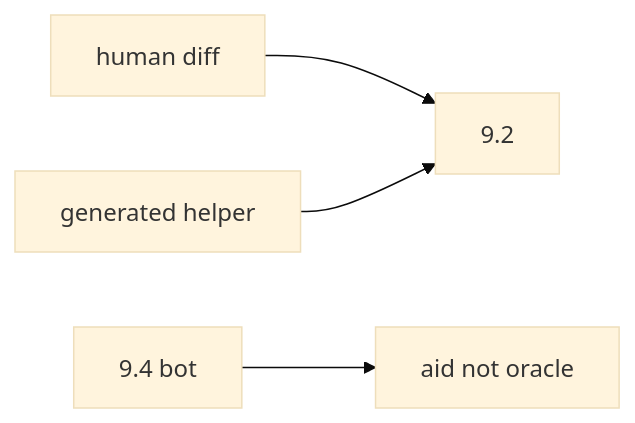
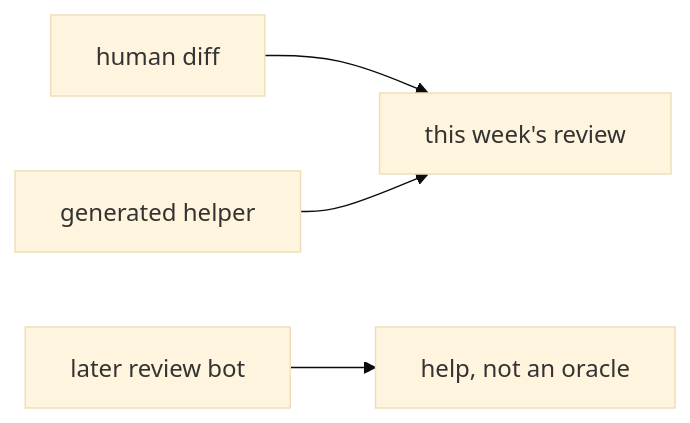
The second of 2 diagrams in content/modules/9/9.2/lessons/02-model.md (ishitvagoel/LearnSecurity), drawn with Mermaid (base theme) before and after one commit. The commit also changed other lines of this file and 39 other files, not shown here.

````diff
--- a/content/modules/9/9.2/lessons/02-model.md
+++ b/content/modules/9/9.2/lessons/02-model.md
@@ -26,6 +27,6 @@
 ```mermaid
 flowchart LR
-  Human[human diff] --> Review["9.2"]
+  Human[human diff] --> Review["this week's review"]
   Gen[generated helper] --> Review
-  Bot["9.4 bot"] --> Aid[aid not oracle]
+  Bot["later review bot"] --> Aid[help, not an oracle]
 ```
````
